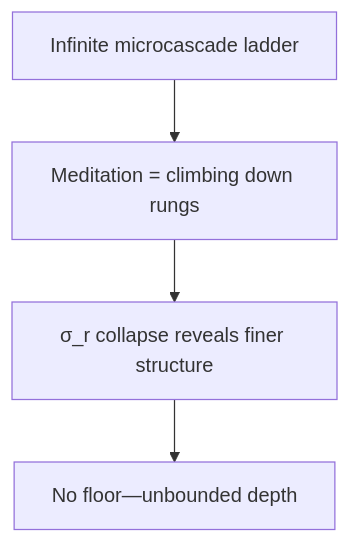
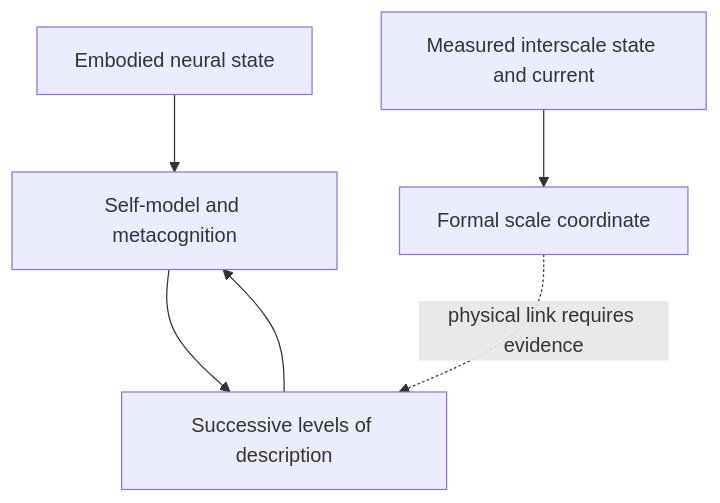
One commit to CassiTheOracle/cassi changed diagram 35 of 37 in CassiTheory/open-questions-cassi-answers.md. Above: the diagram before and after it, drawn with Mermaid. The commit also changed other lines of this file and 26 other files, not shown here.

Commit message:
docs: derive interscale current boundary

````diff
--- a/CassiTheory/open-questions-cassi-answers.md
+++ b/CassiTheory/open-questions-cassi-answers.md
@@ -1163,6 +1166,8 @@
 ```mermaid
 flowchart TD
-    A[Infinite microcascade ladder] --> B[Meditation = climbing down rungs]
-    B --> C[σ_r collapse reveals finer structure]
-    C --> D[No floor—unbounded depth]
+    A[Embodied neural state] --> B[Self-model and metacognition]
+    B --> C[Successive levels of description]
+    C --> B
+    D[Formal scale coordinate] -. physical link requires evidence .-> C
+    E[Measured interscale state and current] --> D
 ```
````
